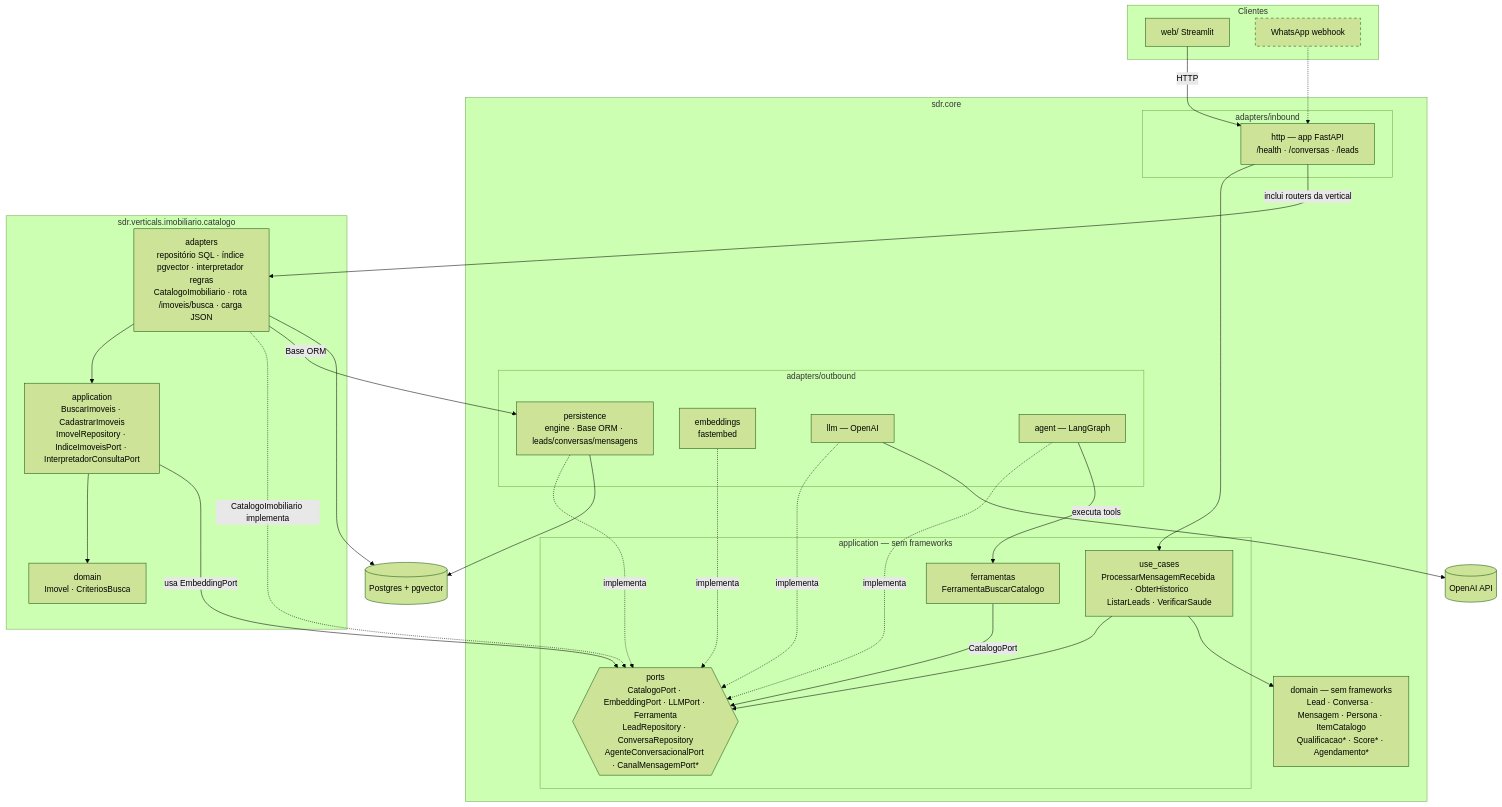
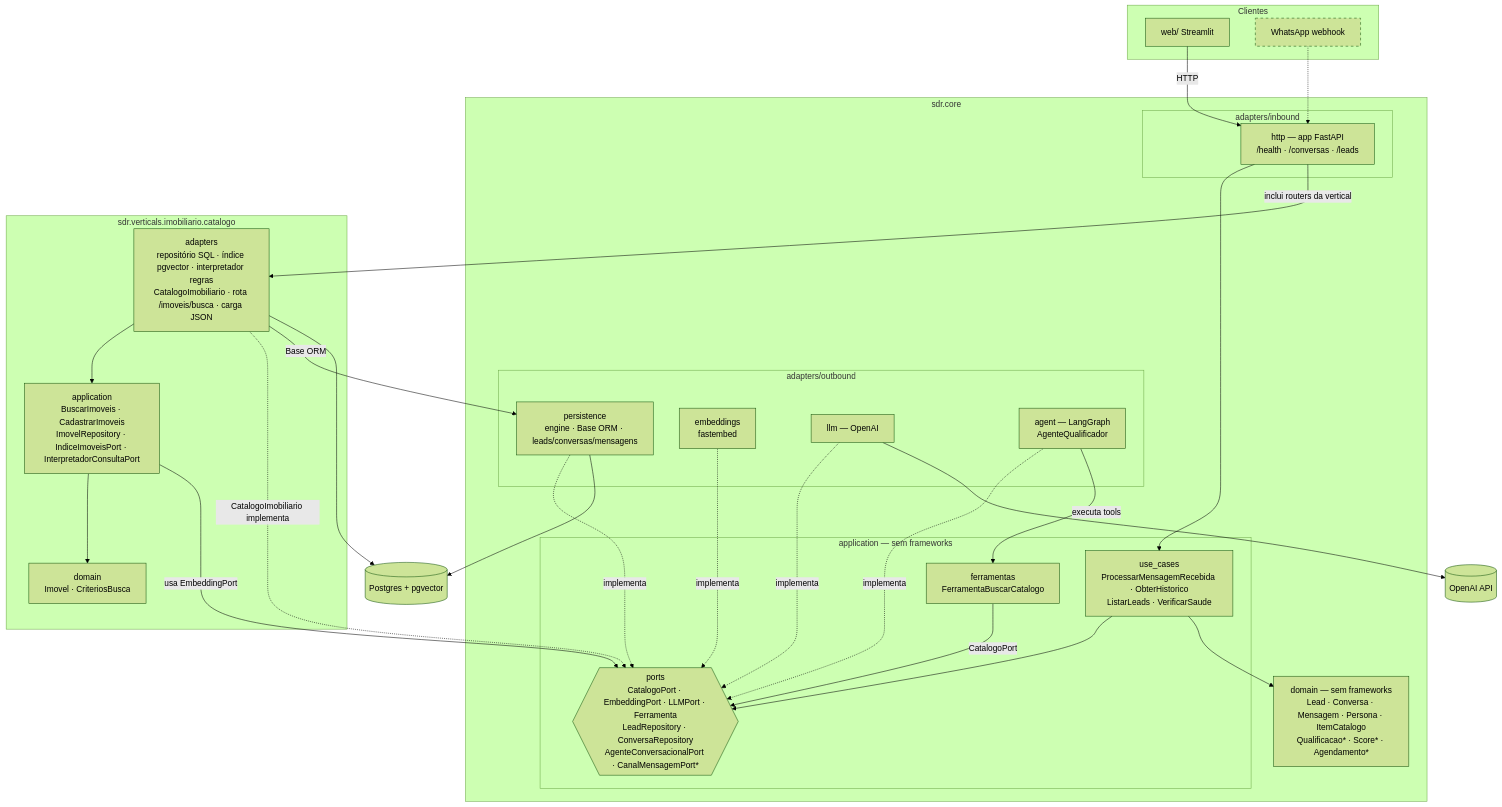
One commit to amaranini/tech-challenge-fase-5 changed the third of 10 diagrams in docs/arquitetura.md. Above: the diagram before and after it, drawn with Mermaid (forest theme). The commit also changed other lines of this file and 47 other files, not shown here.

````diff
--- a/docs/arquitetura.md
+++ b/docs/arquitetura.md
@@ -83,57 +86,57 @@
 ```mermaid
 flowchart TB
     subgraph clientes[Clientes]
         web[web/ Streamlit]
         wpp[WhatsApp webhook]:::futuro
     end
 
     subgraph core[sdr.core]
         subgraph cin[adapters/inbound]
             http[http — app FastAPI<br/>/health · /conversas · /leads]
         end
         subgraph capp[application — sem frameworks]
             cuc[use_cases<br/>ProcessarMensagemRecebida · ObterHistorico<br/>ListarLeads · VerificarSaude]
             cports{{ports<br/>CatalogoPort · EmbeddingPort · LLMPort · Ferramenta<br/>LeadRepository · ConversaRepository<br/>AgenteConversacionalPort · CanalMensagemPort*}}
             cferr[ferramentas<br/>FerramentaBuscarCatalogo]
         end
         cdom[domain — sem frameworks<br/>Lead · Conversa · Mensagem · Persona · ItemCatalogo<br/>Qualificacao* · Score* · Agendamento*]
         subgraph cout[adapters/outbound]
             persist[persistence<br/>engine · Base ORM · leads/conversas/mensagens]
             emb[embeddings<br/>fastembed]
             llm[llm — OpenAI]
-            agent[agent — LangGraph]
+            agent[agent — LangGraph<br/>AgenteQualificador]
         end
     end
 
     subgraph vcat[sdr.verticals.imobiliario.catalogo]
         vdom[domain<br/>Imovel · CriteriosBusca]
         vapp[application<br/>BuscarImoveis · CadastrarImoveis<br/>ImovelRepository · IndiceImoveisPort · InterpretadorConsultaPort]
         vad[adapters<br/>repositório SQL · índice pgvector · interpretador regras<br/>CatalogoImobiliario · rota /imoveis/busca · carga JSON]
     end
 
     pg[(Postgres + pgvector)]
     openaiapi[(OpenAI API)]
 
     web -- HTTP --> http
     wpp -.-> http
     http --> cuc --> cports
     cuc --> cdom
     persist -. implementa .-> cports
     emb -. implementa .-> cports
     llm -. implementa .-> cports
     agent -. implementa .-> cports
     agent -- "executa tools" --> cferr
     cferr -- CatalogoPort --> cports
 
     vad --> vapp --> vdom
     vad -. "CatalogoImobiliario implementa" .-> cports
     vapp -- usa EmbeddingPort --> cports
     vad -- "Base ORM" --> persist
     http -- "inclui routers da vertical" --> vad
 
     persist --> pg
     vad --> pg
     llm --> openaiapi
 
     classDef futuro stroke-dasharray: 5 5
 ```
````
